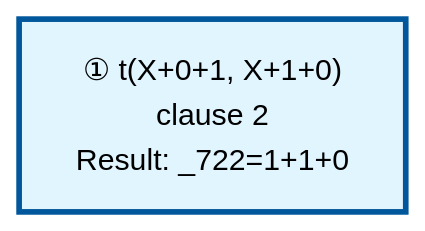
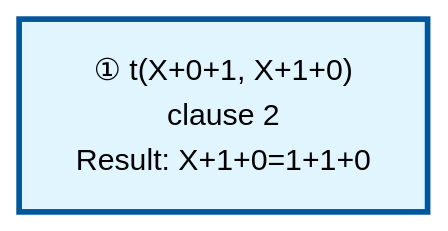
Before and after one commit to jarecsni/prolog-trace-viz: the diagram in examples/operator-output.md, drawn with Mermaid (forest theme). The commit also changed other lines of this file and 9 other files, not shown here.

````diff
--- a/examples/operator-output.md
+++ b/examples/operator-output.md
@@ -30,11 +30,11 @@
 ```mermaid
 graph TD
 
 %% Nodes
-A["① t(X+0+1, X+1+0)<br/>clause 2<br/>Result: _722=1+1+0"]
+A["① t(X+0+1, X+1+0)<br/>clause 2<br/>Result: X+1+0=1+1+0"]
 
 %% Edges
 
 %% Styles
 style A fill:#e1f5ff,stroke:#01579b,stroke-width:3px
 ```
````
